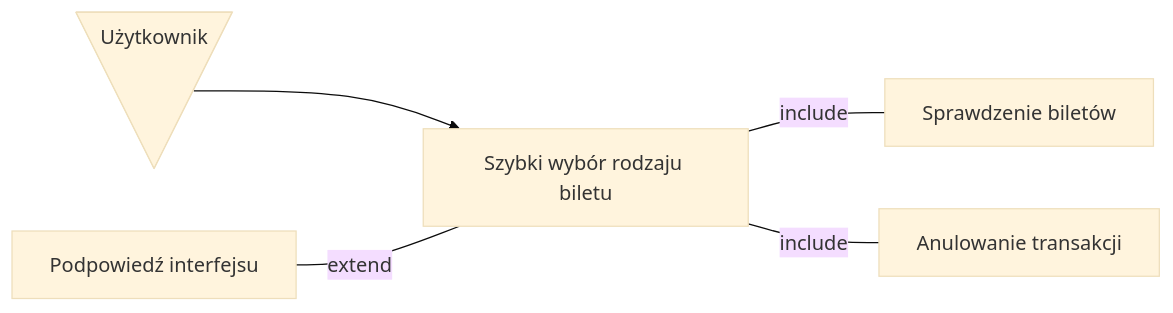
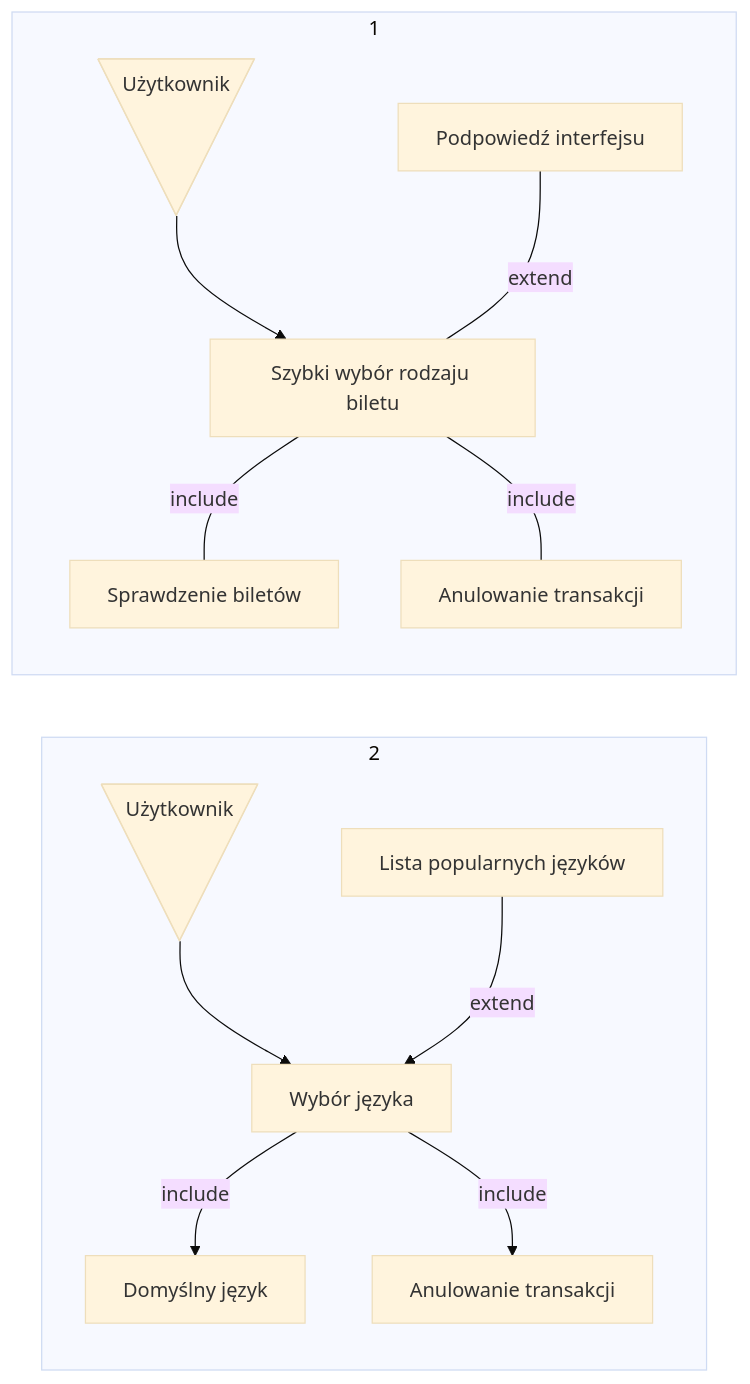
One commit to MarcinMarszewski/dowolna_nazwa changed the diagram in userstories/user.md. Above: the diagram before and after it, drawn with Mermaid (base theme).

````diff
--- a/userstories/user.md
+++ b/userstories/user.md
@@ -14,14 +14,25 @@
 ```mermaid
 flowchart LR
+subgraph "1"
   A@{ shape: manual-file, label: "Użytkownik" }
   id1[Szybki wybór rodzaju biletu]
   id2[Sprawdzenie biletów]
   id3[Anulowanie transakcji]
   id4[Podpowiedź interfejsu]
 
   A --> id1
   id1-- include ---id2
   id1-- include ---id3
   id4-- extend ---id1
-  
+end
+subgraph "2"
+  B@{ shape: manual-file, label: "Użytkownik" }
+  B --> id5;
+  id5[Wybór języka] --include--> id6;
+  id5 --include--> id7;
+  id8 --extend--> id5;
+  id6[Domyślny język];
+  id7[Anulowanie transakcji];
+  id8[Lista popularnych języków];
+end
 ```
````
